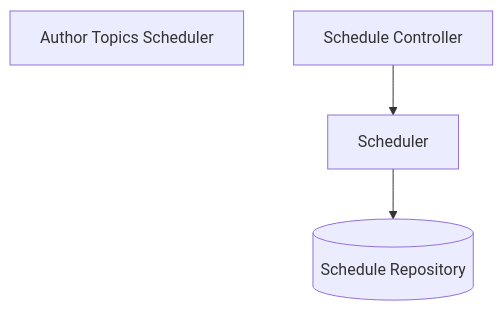
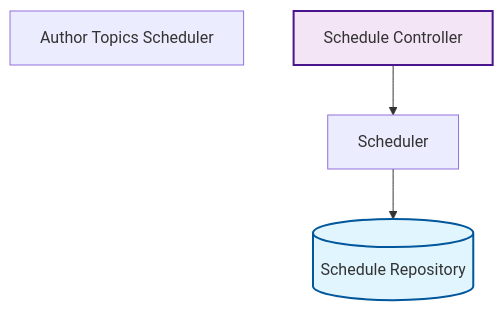
The third of 10 diagrams in docs/feature-report.md (rpnunez/wp-ai-scheduler), drawn with Mermaid before and after one commit. The commit also changed other lines of this file and 2 other files, not shown here.

````diff
--- a/docs/feature-report.md
+++ b/docs/feature-report.md
@@ -118,16 +127,18 @@
 ```mermaid
 flowchart TD
     %% Scheduling & Automation Architecture
 
-    AuthorTopicsScheduler["Author Topics Scheduler"]
-    ScheduleController["Schedule Controller"]
-    ScheduleRepository[("Schedule Repository")]
+    Author_Topics_Scheduler["Author Topics Scheduler"]
+    Schedule_Controller["Schedule Controller"]
+    Schedule_Repository[("Schedule Repository")]
     Scheduler["Scheduler"]
 
-    ScheduleController --> Scheduler
-    Scheduler --> ScheduleRepository
+    Schedule_Controller --> Scheduler
+    Scheduler --> Schedule_Repository
 
     classDef repository fill:#e1f5ff,stroke:#01579b,stroke-width:2px
     classDef service fill:#fff3e0,stroke:#e65100,stroke-width:2px
     classDef controller fill:#f3e5f5,stroke:#4a148c,stroke-width:2px
+    class Schedule_Repository repository
+    class Schedule_Controller controller
 ```
````
